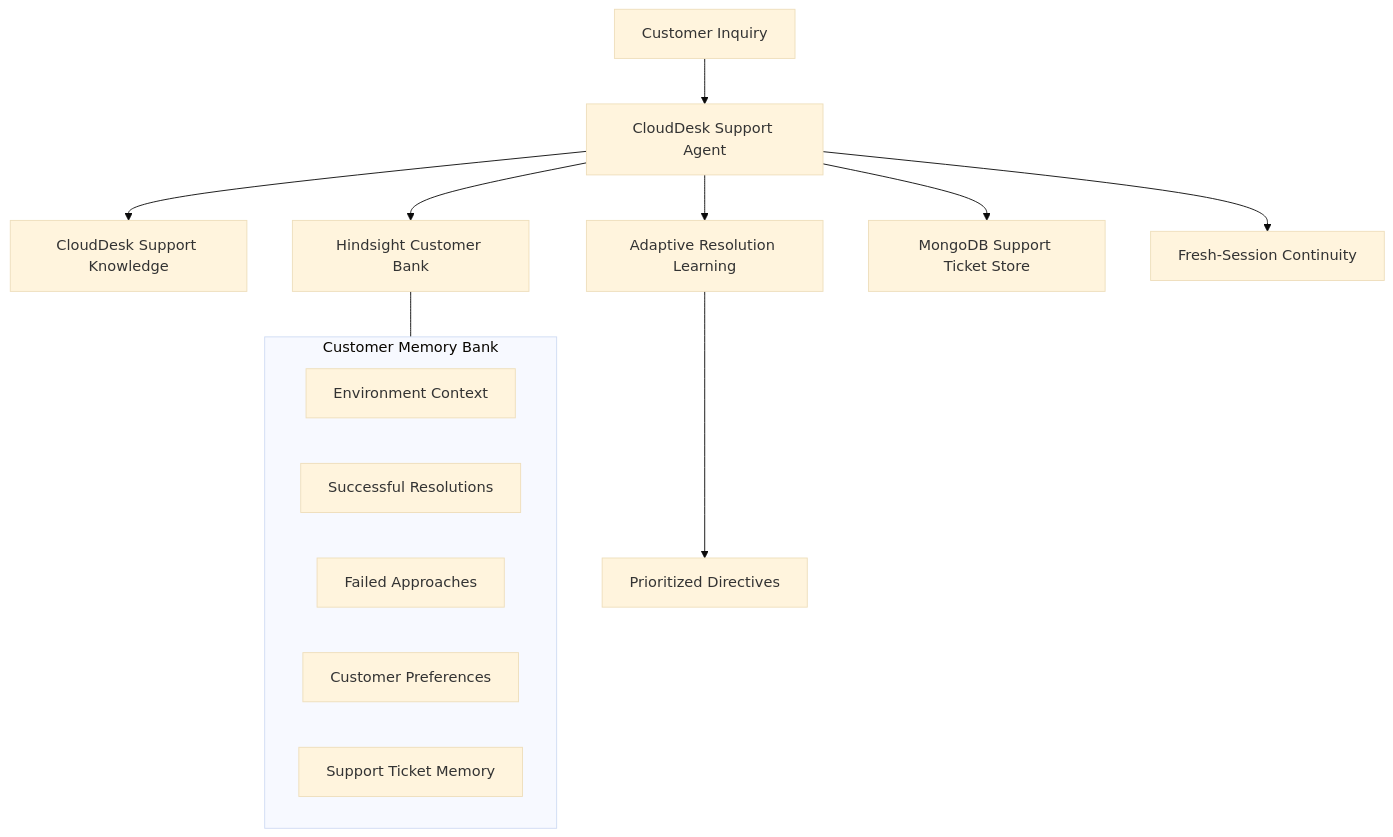
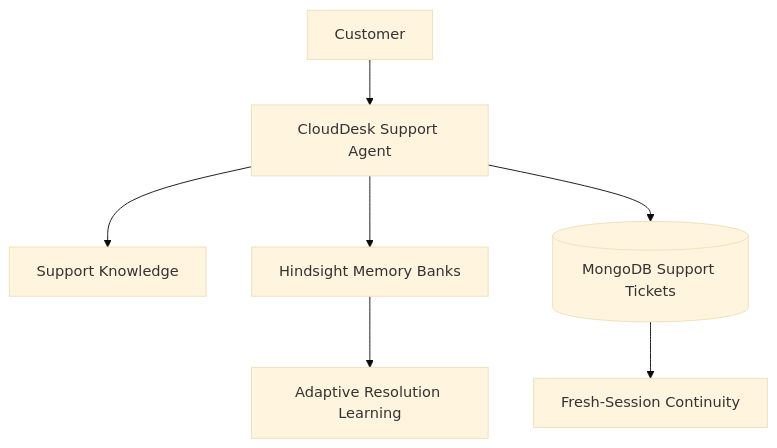
Before and after one commit to shyam0001-del/Customer-support-memory-agent: the diagram in article.md, drawn with Mermaid (base theme). The commit also changed other lines of this file, not shown here.

````diff
--- a/article.md
+++ b/article.md
@@ -184,18 +149,9 @@
 ```mermaid
 flowchart TD
-    User["Customer Inquiry"] --> Agent["CloudDesk Support Agent"]
-    Agent --> Knowledge["CloudDesk Support Knowledge"]
-    Agent --> Hindsight["Hindsight Customer Bank"]
-    subgraph MemoryBank ["Customer Memory Bank"]
-        Env["Environment Context"]
-        SuccessMem["Successful Resolutions"]
-        FailMem["Failed Approaches"]
-        Prefs["Customer Preferences"]
-        TicketMem["Support Ticket Memory"]
-    end
-    Hindsight --- MemoryBank
-    Agent --> Adaptive["Adaptive Resolution Learning"]
-    Adaptive --> Prioritization["Prioritized Directives"]
-    Agent --> Tickets["MongoDB Support Ticket Store"]
-    Agent --> Continuity["Fresh-Session Continuity"]
+    Customer["Customer"] --> Agent["CloudDesk Support Agent"]
+    Agent --> KB["Support Knowledge"]
+    Agent --> HS["Hindsight Memory Banks"]
+    HS --> Adaptive["Adaptive Resolution Learning"]
+    Agent --> MDB[("MongoDB Support Tickets")]
+    MDB --> Continuity["Fresh-Session Continuity"]
 ```
````
